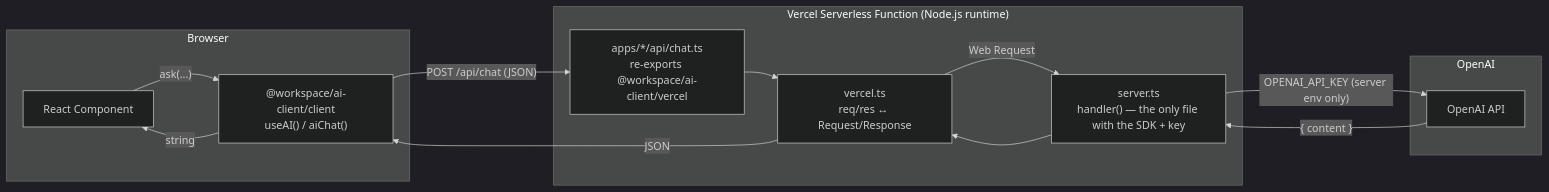
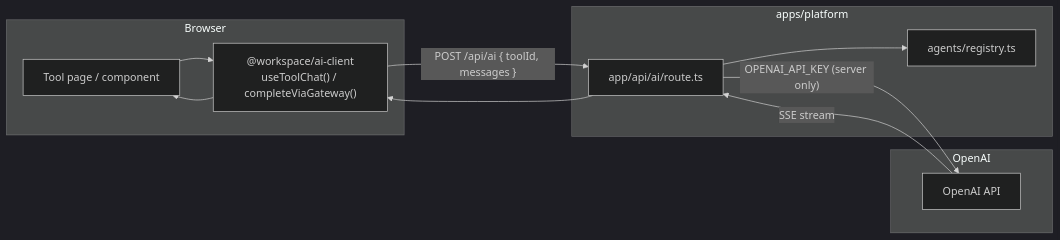
The diagram in agents/workspace/ai-api-flow.md (tauonlinecourses/AI-Tools), drawn with Mermaid (dark theme) before and after one commit. The commit also changed other lines of this file and 81 other files, not shown here.

Commit message:
migration: step 5 — delete legacy apps, update docs and env

````diff
--- a/agents/workspace/ai-api-flow.md
+++ b/agents/workspace/ai-api-flow.md
@@ -24,27 +17,24 @@
 ```mermaid
 flowchart LR
   subgraph Browser
-    C1[React Component]
-    Client["@workspace/ai-client/client<br/>useAI() / aiChat()"]
+    C1[Tool page / component]
+    Hook["@workspace/ai-client<br/>useToolChat() / completeViaGateway()"]
   end
 
-  subgraph Vercel["Vercel Serverless Function (Node.js runtime)"]
-    Route["apps/*/api/chat.ts<br/>re-exports @workspace/ai-client/vercel"]
-    Adapter["vercel.ts<br/>req/res ↔ Request/Response"]
-    Server["server.ts<br/>handler() — the only file with the SDK + key"]
+  subgraph Platform["apps/platform"]
+    Route["app/api/ai/route.ts"]
+    Registry["agents/registry.ts"]
   end
 
   subgraph OpenAI
     API["OpenAI API"]
   end
 
-  C1 -->|"ask(...)"| Client
-  Client -->|"POST /api/chat (JSON)"| Route
-  Route --> Adapter
-  Adapter -->|"Web Request"| Server
-  Server -->|"OPENAI_API_KEY (server env only)"| API
-  API -->|"{ content }"| Server
-  Server --> Adapter
-  Adapter -->|"JSON"| Client
-  Client -->|"string"| C1
+  C1 --> Hook
+  Hook -->|"POST /api/ai { toolId, messages }"| Route
+  Route --> Registry
+  Route -->|"OPENAI_API_KEY (server only)"| API
+  API -->|"SSE stream"| Route
+  Route --> Hook
+  Hook --> C1
 ```
````
